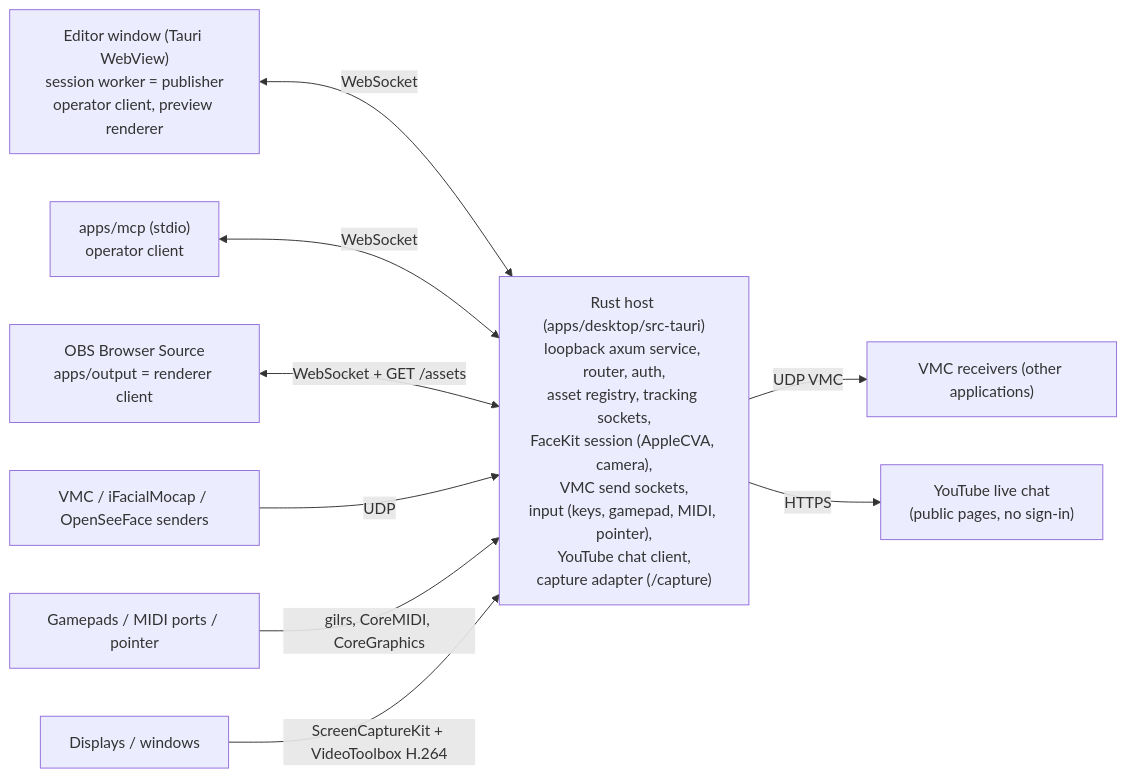
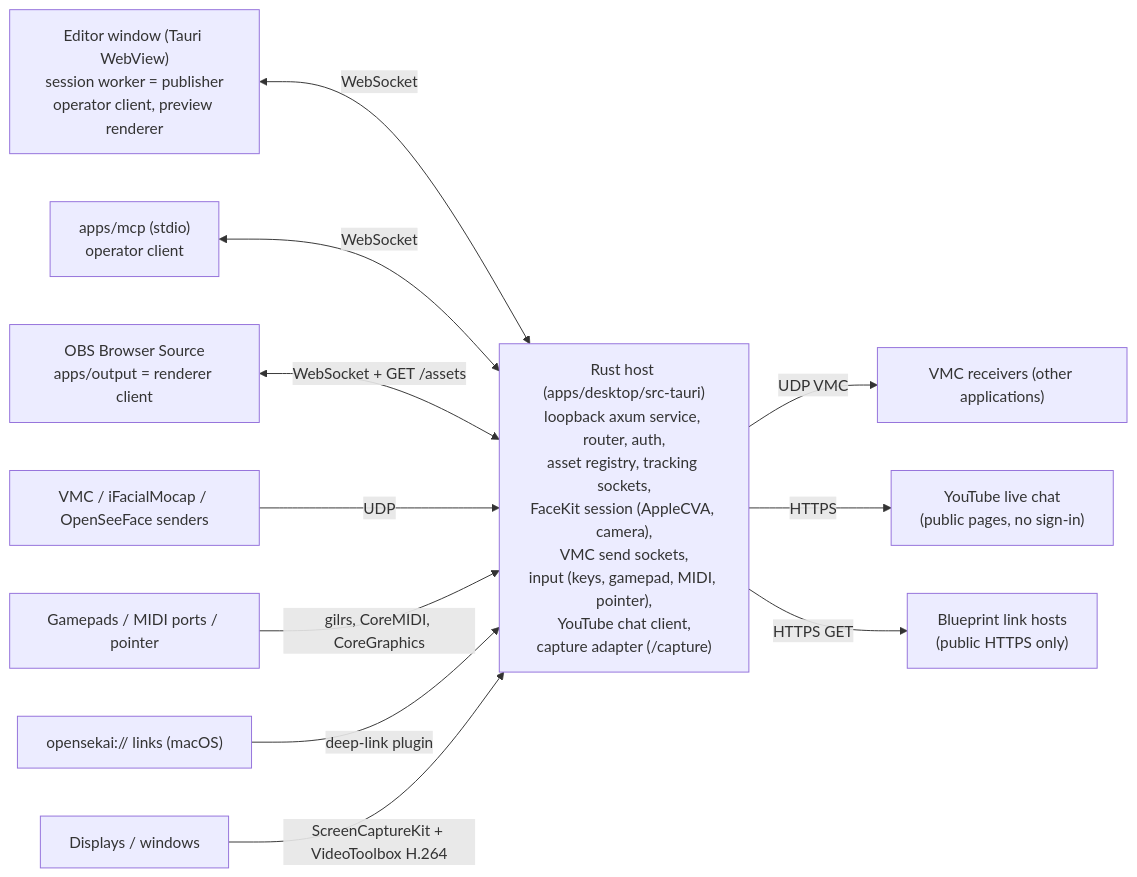
Before and after one commit to danirukun/opensekai: the diagram in ARCHITECTURE.md, drawn with Mermaid. The commit also changed other lines of this file and 4 other files, not shown here.

Commit message:
Record the Blueprint link import in the architecture, parity, and evidence (B39)

````diff
--- a/ARCHITECTURE.md
+++ b/ARCHITECTURE.md
@@ -7,12 +7,14 @@
 ```mermaid
 flowchart LR
   Editor["Editor window (Tauri WebView)\nsession worker = publisher\noperator client, preview renderer"] <-->|WebSocket| Host
   MCP["apps/mcp (stdio)\noperator client"] <-->|WebSocket| Host
   OBS["OBS Browser Source\napps/output = renderer client"] <-->|WebSocket + GET /assets| Host
   Host["Rust host (apps/desktop/src-tauri)\nloopback axum service, router, auth,\nasset registry, tracking sockets,\nFaceKit session (AppleCVA, camera),\nVMC send sockets,\ninput (keys, gamepad, MIDI, pointer),\nYouTube chat client,\ncapture adapter (/capture)"]
   Trackers["VMC / iFacialMocap / OpenSeeFace senders"] -->|UDP| Host
   Host -->|UDP VMC| Receivers["VMC receivers (other applications)"]
   Devices["Gamepads / MIDI ports / pointer"] -->|gilrs, CoreMIDI, CoreGraphics| Host
   Host -->|HTTPS| YouTube["YouTube live chat\n(public pages, no sign-in)"]
+  Links["opensekai:// links (macOS)"] -->|deep-link plugin| Host
+  Host -->|HTTPS GET| LinkHosts["Blueprint link hosts\n(public HTTPS only)"]
   Desktop["Displays / windows"] -->|ScreenCaptureKit + VideoToolbox H.264| Host
 ```
````
